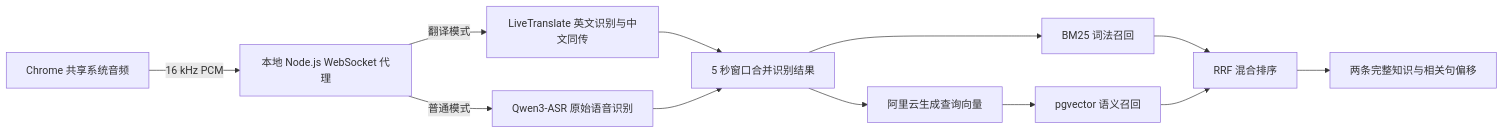
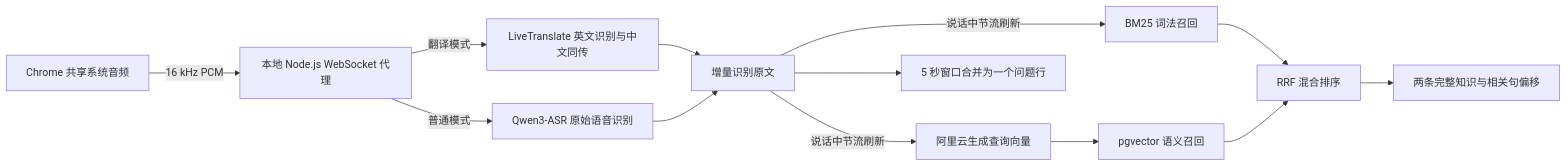
Before and after one commit to candy-Tong/interview-knowledge-radar: the diagram in README.md, drawn with Mermaid. The commit also changed other lines of this file and 8 other files, not shown here.

````diff
--- a/README.md
+++ b/README.md
@@ -19,14 +20,15 @@
 ```mermaid
 flowchart LR
   A[Chrome 共享系统音频] -->|16 kHz PCM| B[本地 Node.js WebSocket 代理]
   B -->|翻译模式| C[LiveTranslate 英文识别与中文同传]
   B -->|普通模式| J[Qwen3-ASR 原始语音识别]
-  C --> D[5 秒窗口合并识别结果]
-  J --> D
-  D --> E[BM25 词法召回]
-  D --> F[阿里云生成查询向量]
+  C --> K[增量识别原文]
+  J --> K
+  K -->|说话中节流刷新| E[BM25 词法召回]
+  K -->|说话中节流刷新| F[阿里云生成查询向量]
+  K --> D[5 秒窗口合并为一个问题行]
   F --> G[pgvector 语义召回]
   E --> H[RRF 混合排序]
   G --> H
   H --> I[两条完整知识与相关句偏移]
 ```
````
